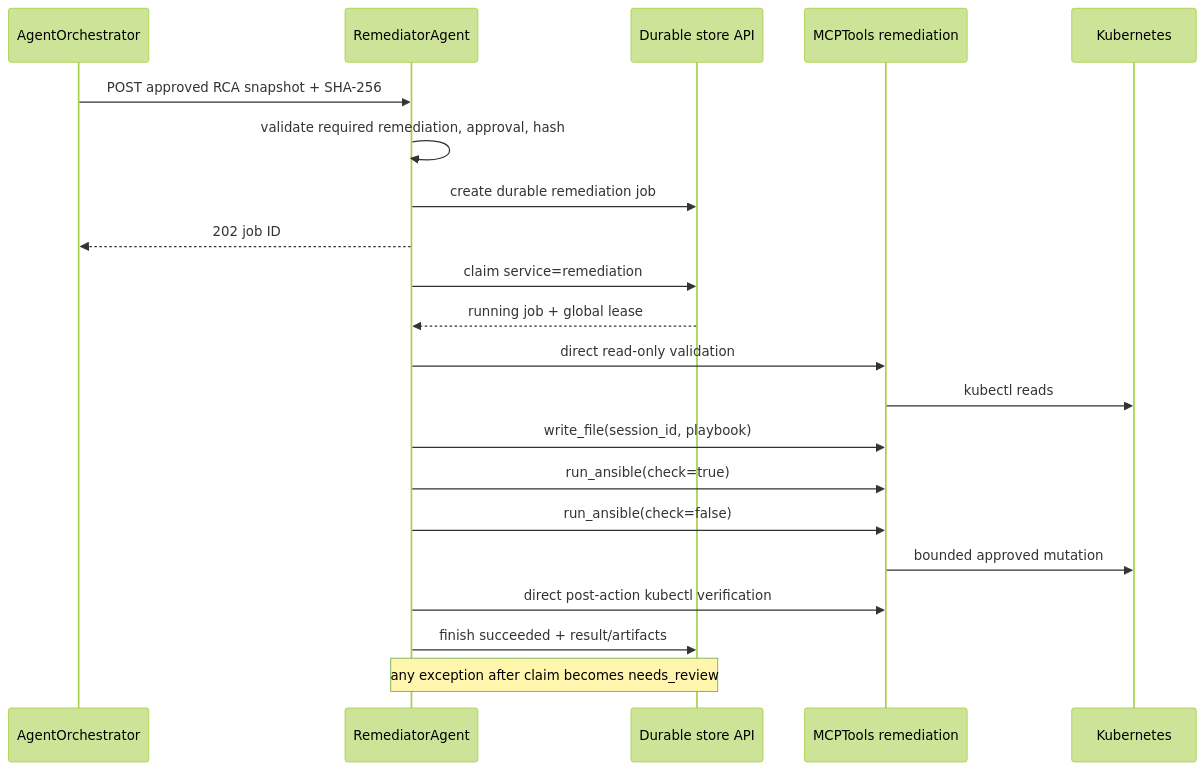
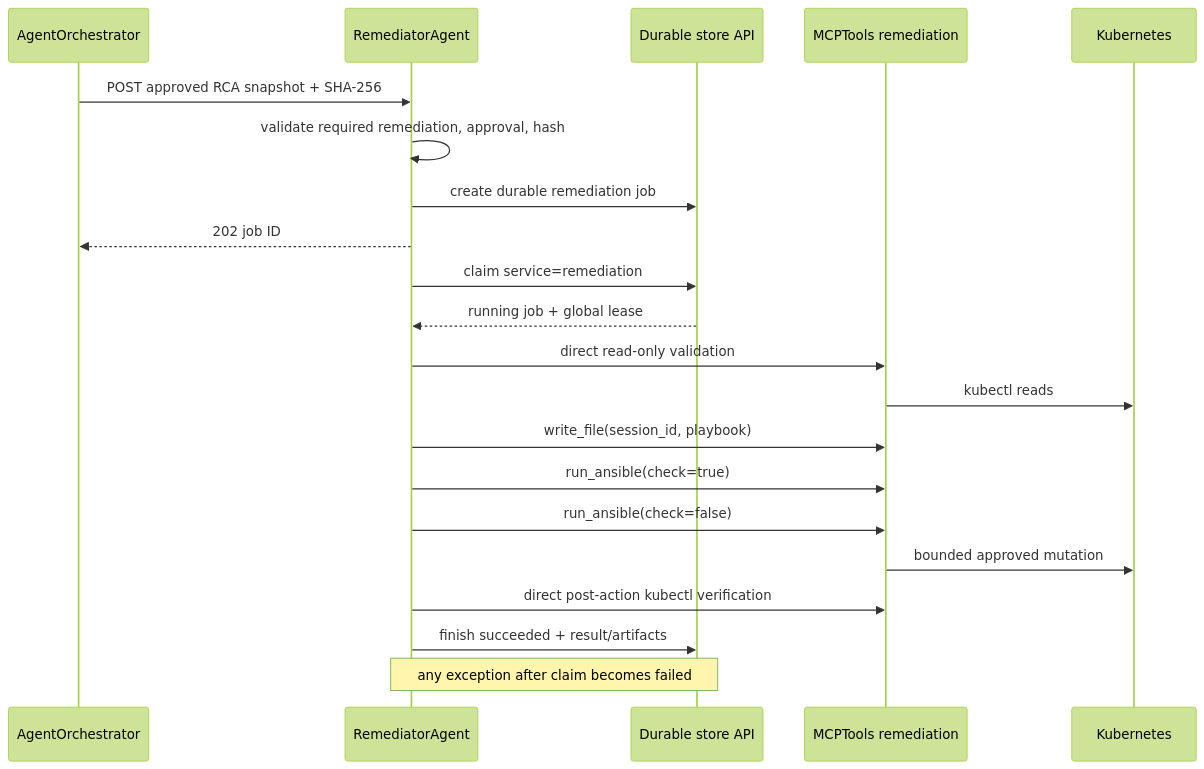
The diagram in Agents/RemediatorAgent/docs/architecture-and-flow.md (stanleyyoga123/IncidentBench), drawn with Mermaid (forest theme) before and after one commit. The commit also changed other lines of this file and 285 other files, not shown here.

````diff
--- a/Agents/RemediatorAgent/docs/architecture-and-flow.md
+++ b/Agents/RemediatorAgent/docs/architecture-and-flow.md
@@ -25,24 +25,24 @@
 ```mermaid
 sequenceDiagram
   participant O as AgentOrchestrator
   participant R as RemediatorAgent
   participant S as Durable store API
   participant M as MCPTools remediation
   participant K as Kubernetes
 
   O->>R: POST approved RCA snapshot + SHA-256
   R->>R: validate required remediation, approval, hash
   R->>S: create durable remediation job
   R-->>O: 202 job ID
   R->>S: claim service=remediation
   S-->>R: running job + global lease
   R->>M: direct read-only validation
   M->>K: kubectl reads
   R->>M: write_file(session_id, playbook)
   R->>M: run_ansible(check=true)
   R->>M: run_ansible(check=false)
   M->>K: bounded approved mutation
   R->>M: direct post-action kubectl verification
   R->>S: finish succeeded + result/artifacts
-  Note over R,S: any exception after claim becomes needs_review
+  Note over R,S: any exception after claim becomes failed
 ```
````
